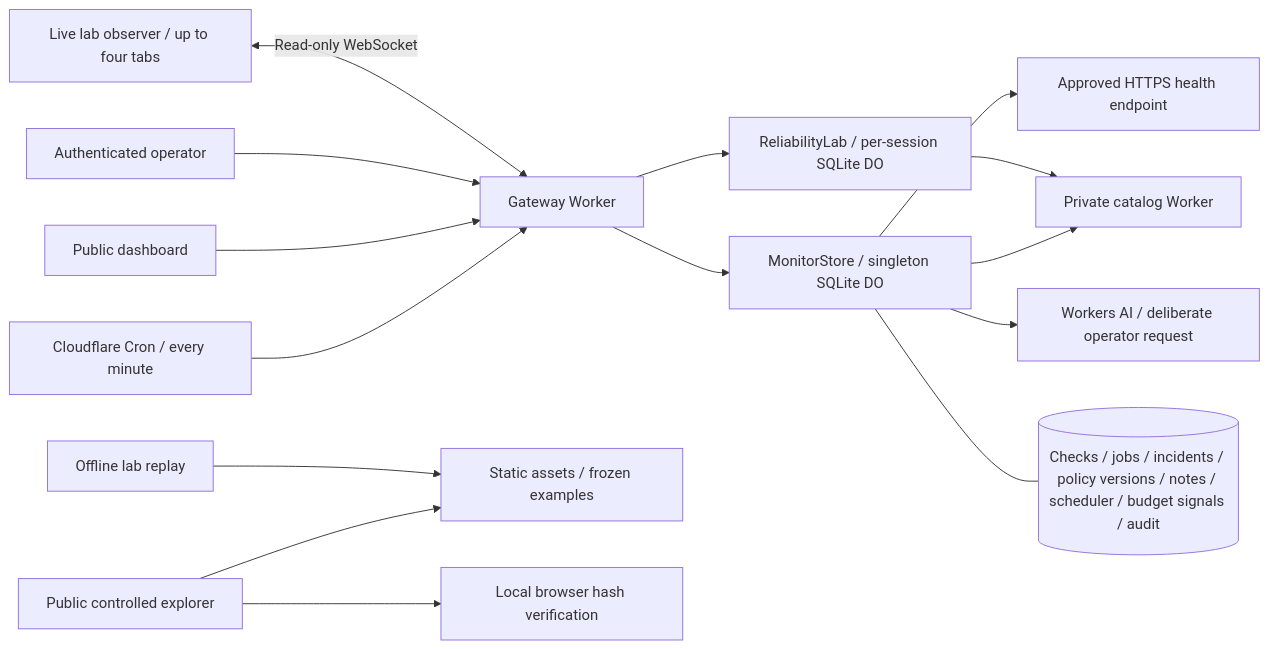
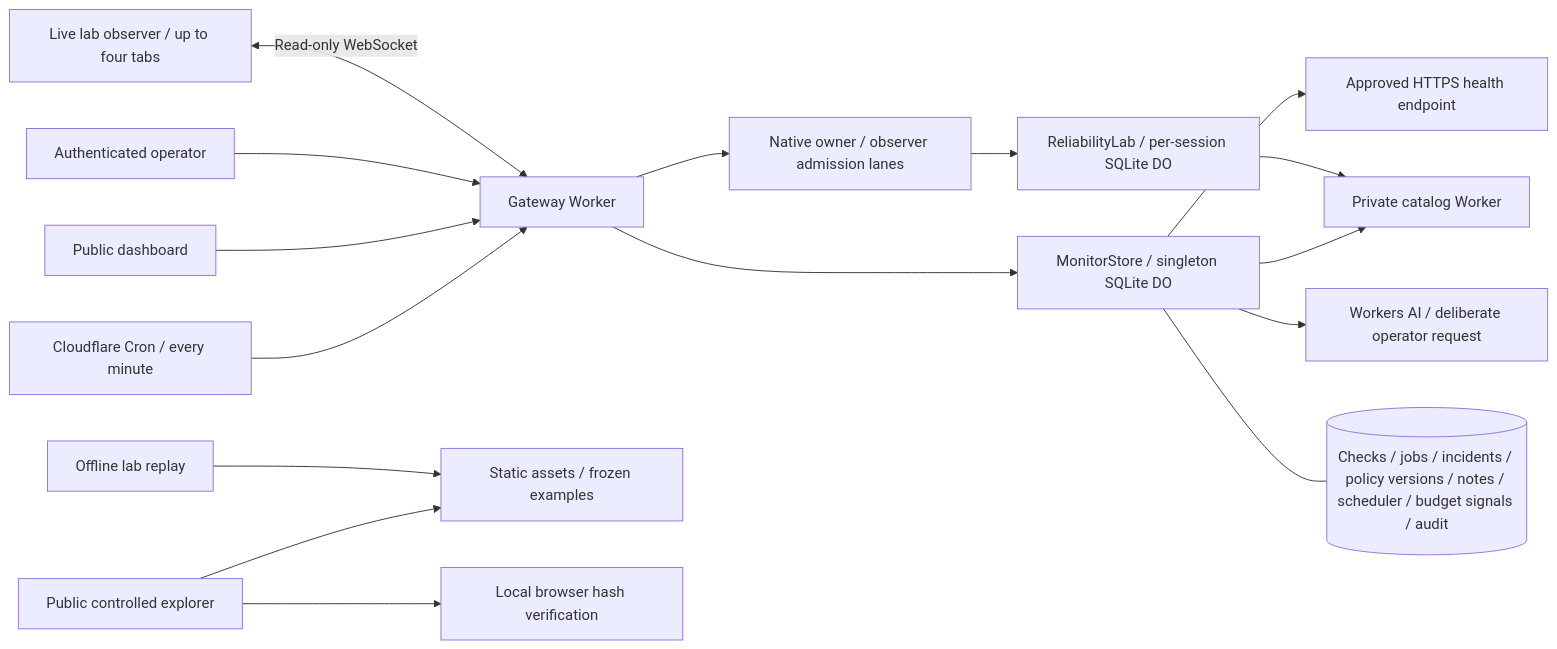
One commit to HenryWashuHe/edgelab changed the diagram in README.md. Above: the diagram before and after it, drawn with Mermaid. The commit also changed other lines of this file and 33 other files, not shown here.

Commit message:
Guard lab dispatch with native admission lanes and preserve batch outcomes

````diff
--- a/README.md
+++ b/README.md
@@ -63,17 +65,18 @@
 ```mermaid
 flowchart LR
   C[Cloudflare Cron / every minute] --> G[Gateway Worker]
   B[Public dashboard] --> G
   A[Authenticated operator] --> G
   G --> M[MonitorStore / singleton SQLite DO]
   M --> P[Private catalog Worker]
   M --> H[Approved HTTPS health endpoint]
   M --> AI[Workers AI / deliberate operator request]
   M --- S[(Checks / jobs / incidents / policy versions / notes / scheduler / budget signals / audit)]
   E[Public controlled explorer] --> F[Static assets / frozen examples]
   E --> V[Local browser hash verification]
   R[Offline lab replay] --> F
-  G --> L[ReliabilityLab / per-session SQLite DO]
+  G --> Q[Native owner / observer admission lanes]
+  Q --> L[ReliabilityLab / per-session SQLite DO]
   O[Live lab observer / up to four tabs] <-->|Read-only WebSocket| G
   L --> P
 ```
````
